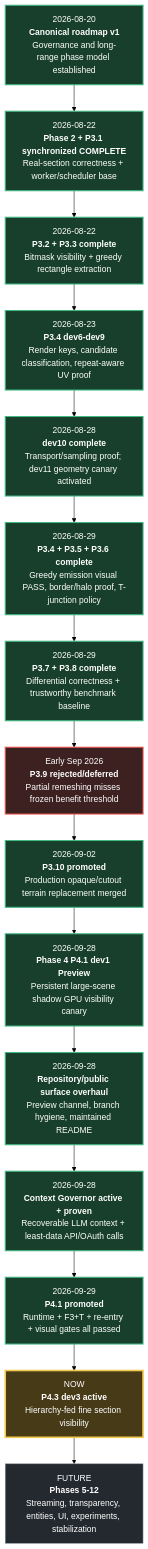
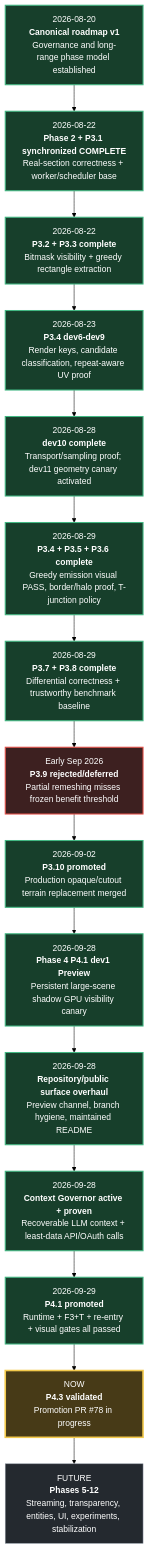
The second of 3 diagrams in TIMELINE.md (TrissTheBoss/Obsidian), drawn with Mermaid (forest theme) before and after one commit. The commit also changed other lines of this file, not shown here.

Commit message:
[no-release] Synchronize P4.3 promotion handoff

````diff
--- a/TIMELINE.md
+++ b/TIMELINE.md
@@ -55,30 +55,30 @@
 ```mermaid
 flowchart TD
     A["2026-08-20<br/><b>Canonical roadmap v1</b><br/>Governance and long-range phase model established"]
     B["2026-08-22<br/><b>Phase 2 + P3.1 synchronized COMPLETE</b><br/>Real-section correctness + worker/scheduler base"]
     C["2026-08-22<br/><b>P3.2 + P3.3 complete</b><br/>Bitmask visibility + greedy rectangle extraction"]
     D["2026-08-23<br/><b>P3.4 dev6-dev9</b><br/>Render keys, candidate classification, repeat-aware UV proof"]
     E["2026-08-28<br/><b>dev10 complete</b><br/>Transport/sampling proof; dev11 geometry canary activated"]
     F["2026-08-29<br/><b>P3.4 + P3.5 + P3.6 complete</b><br/>Greedy emission visual PASS, border/halo proof, T-junction policy"]
     G["2026-08-29<br/><b>P3.7 + P3.8 complete</b><br/>Differential correctness + trustworthy benchmark baseline"]
     H["Early Sep 2026<br/><b>P3.9 rejected/deferred</b><br/>Partial remeshing misses frozen benefit threshold"]
     I["2026-09-02<br/><b>P3.10 promoted</b><br/>Production opaque/cutout terrain replacement merged"]
     J["2026-09-28<br/><b>Phase 4 P4.1 dev1 Preview</b><br/>Persistent large-scene shadow GPU visibility canary"]
     K["2026-09-28<br/><b>Repository/public surface overhaul</b><br/>Preview channel, branch hygiene, maintained README"]
     L["2026-09-28<br/><b>Context Governor active + proven</b><br/>Recoverable LLM context + least-data API/OAuth calls"]
     M["2026-09-29<br/><b>P4.1 promoted</b><br/>Runtime + F3+T + re-entry + visual gates all passed"]
-    N["NOW<br/><b>P4.3 dev3 active</b><br/>Hierarchy-fed fine section visibility"]
+    N["NOW<br/><b>P4.3 validated</b><br/>Promotion PR #78 in progress"]
     O["FUTURE<br/><b>Phases 5-12</b><br/>Streaming, transparency, entities, UI, experiments, stabilization"]
 
     A --> B --> C --> D --> E --> F --> G --> H --> I --> J --> K --> L --> M --> N --> O
 
     classDef done fill:#173f2b,stroke:#42b883,color:#ffffff,stroke-width:2px;
     classDef rejected fill:#3d2020,stroke:#e5534b,color:#ffffff,stroke-width:2px;
     classDef active fill:#473a17,stroke:#f2c94c,color:#ffffff,stroke-width:3px;
     classDef future fill:#24292f,stroke:#8c959f,color:#ffffff,stroke-width:1px;
 
     class A,B,C,D,E,F,G,I,J,K,L,M done;
     class H rejected;
     class N active;
     class O future;
 ```
````
